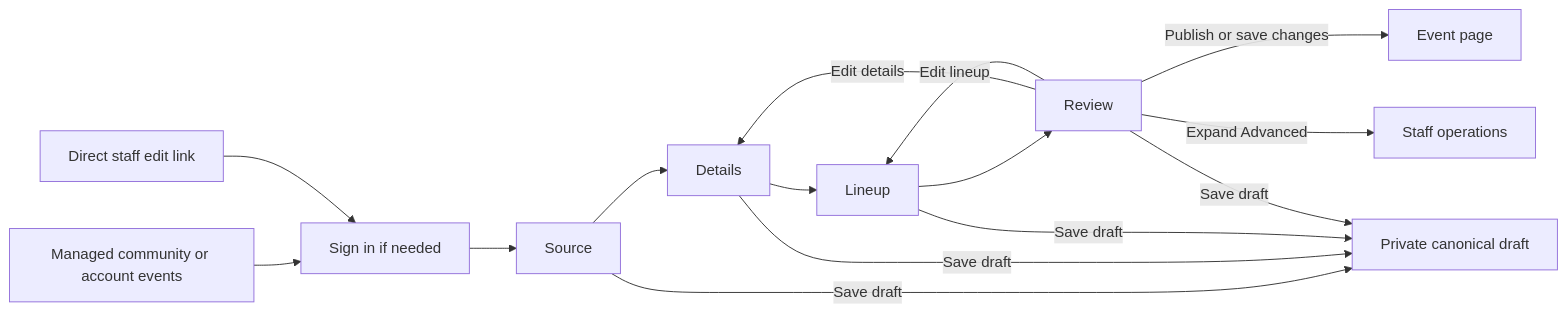
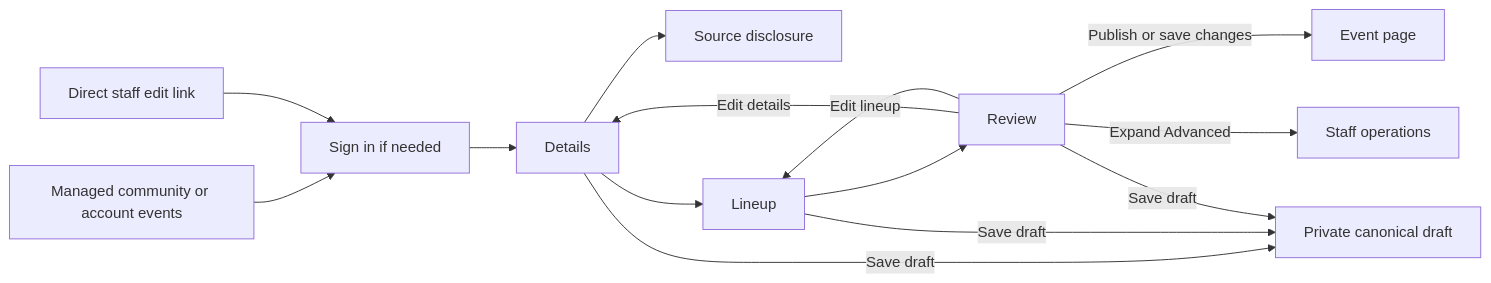
The first of 2 diagrams in docs/backend/event-schema.md (BASIC-BIT/VRDex), drawn with Mermaid before and after one commit. The commit also changed other lines of this file and 9 other files, not shown here.

````diff
--- a/docs/backend/event-schema.md
+++ b/docs/backend/event-schema.md
@@ -156,17 +160,16 @@
 ```mermaid
 flowchart LR
   Community[Managed community or account events] --> Auth[Sign in if needed]
   Direct[Direct staff edit link] --> Auth
-  Auth --> Source[Source]
-  Source --> Details[Details]
+  Auth --> Details[Details]
+  Details --> Source[Source disclosure]
   Details --> Lineup[Lineup]
   Lineup --> Review[Review]
   Review -->|Edit details| Details
   Review -->|Edit lineup| Lineup
   Review -->|Publish or save changes| Event[Event page]
   Review -->|Expand Advanced| Operations[Staff operations]
-  Source -->|Save draft| Draft[Private canonical draft]
-  Details -->|Save draft| Draft
+  Details -->|Save draft| Draft[Private canonical draft]
   Lineup -->|Save draft| Draft
   Review -->|Save draft| Draft
 ```
````
